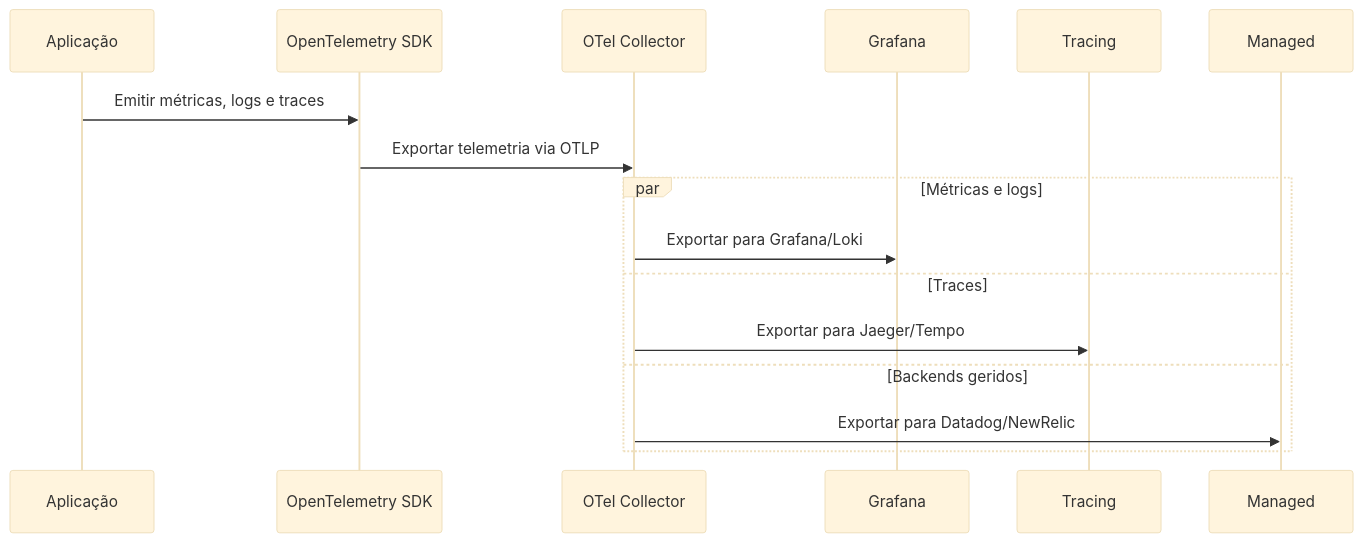
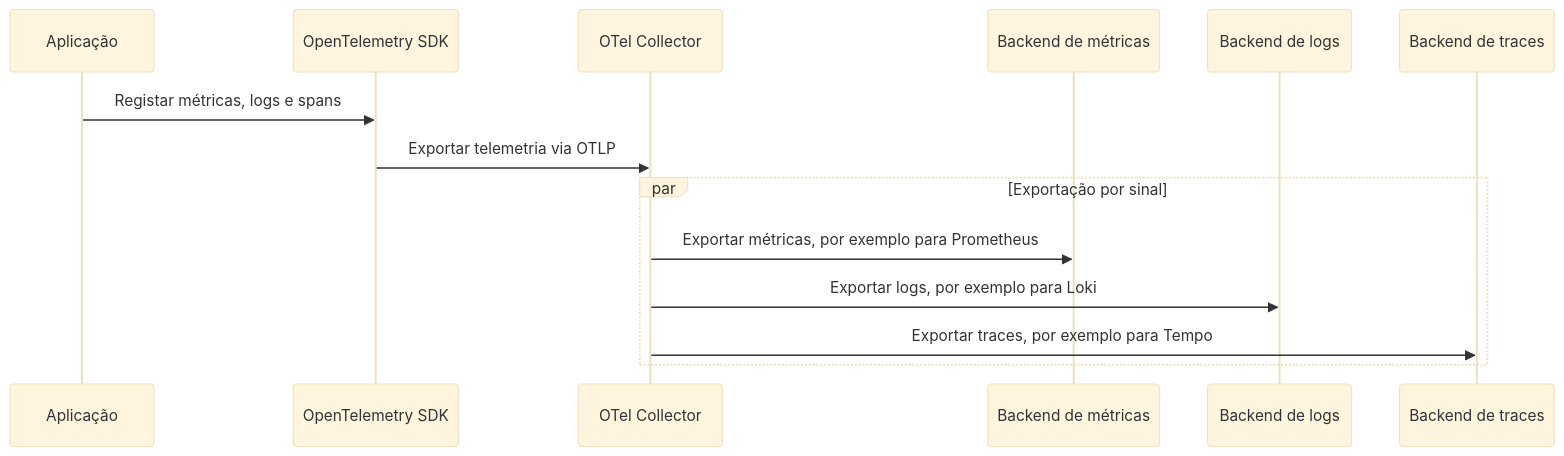
The second of 2 diagrams in content/pt/articles/observability-systems/index.md (dyotamo/blog), drawn with Mermaid (base theme) before and after one commit. The commit also changed other lines of this file and 26 other files, not shown here.

````diff
--- a/content/pt/articles/observability-systems/index.md
+++ b/content/pt/articles/observability-systems/index.md
@@ -85,15 +90,16 @@
 ```mermaid
 sequenceDiagram
     participant App as Aplicação
     participant SDK as OpenTelemetry SDK
     participant Collector as OTel Collector
-    App->>SDK: Emitir métricas, logs e traces
+    participant Metrics as Backend de métricas
+    participant Logs as Backend de logs
+    participant Traces as Backend de traces
+    App->>SDK: Registar métricas, logs e spans
     SDK->>Collector: Exportar telemetria via OTLP
-    par Métricas e logs
-        Collector->>Grafana: Exportar para Grafana/Loki
-    and Traces
-        Collector->>Tracing: Exportar para Jaeger/Tempo
-    and Backends geridos
-        Collector->>Managed: Exportar para Datadog/NewRelic
+    par Exportação por sinal
+        Collector->>Metrics: Exportar métricas, por exemplo para Prometheus
+        Collector->>Logs: Exportar logs, por exemplo para Loki
+        Collector->>Traces: Exportar traces, por exemplo para Tempo
     end
 ```
````
